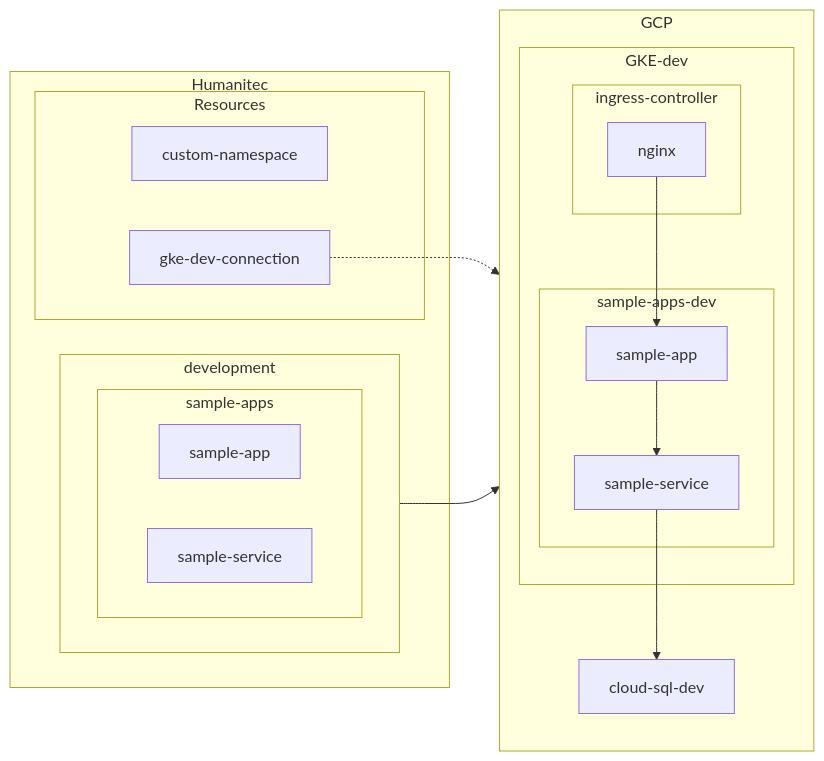
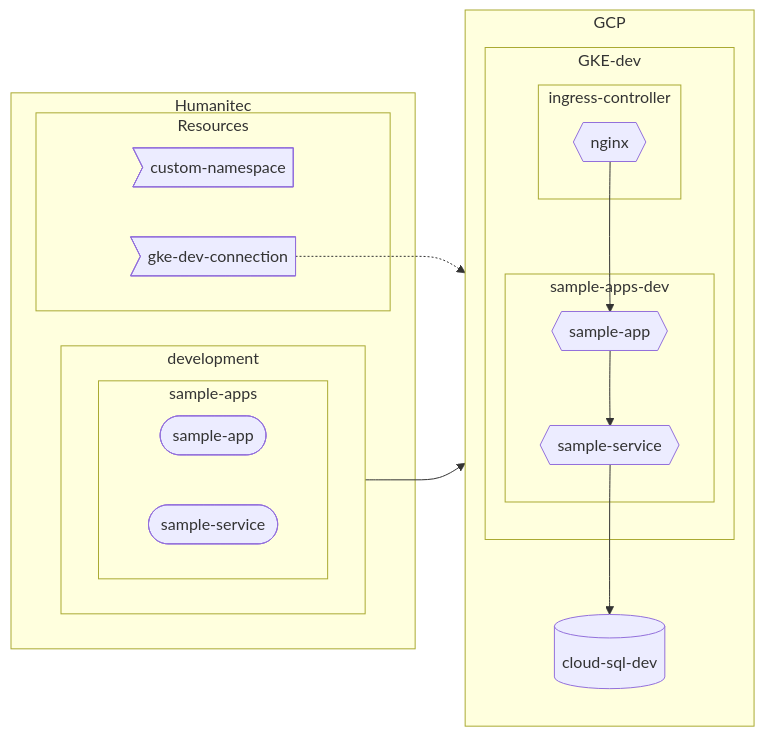
The first of 2 diagrams in README.md (mathieu-benoit/hello-humanitec), drawn with Mermaid before and after one commit. The commit also changed other lines of this file, not shown here.

````diff
--- a/README.md
+++ b/README.md
@@ -5,32 +5,32 @@
 ```mermaid
 flowchart LR
   subgraph Humanitec
     subgraph development
         direction LR
         subgraph sample-apps
             direction LR
-            sample-app-workload[sample-app]
-            sample-service-workload[sample-service]
+            sample-app-workload([sample-app])
+            sample-service-workload([sample-service])
         end
     end
     subgraph Resources
-        custom-namespace
-        gke-dev-connection
+        custom-namespace>custom-namespace]
+        gke-dev-connection>gke-dev-connection]
     end
   end
   subgraph GCP
     direction TB
     subgraph GKE-dev
         subgraph ingress-controller
-            nginx
+            nginx{{nginx}}
         end
         subgraph sample-apps-dev
-            sample-app-->sample-service
+            sample-app{{sample-app}}-->sample-service{{sample-service}}
         end
         nginx-->sample-app
     end
-    sample-service-->cloud-sql-dev
+    sample-service-->cloud-sql-dev[(cloud-sql-dev)]
   end
   sample-apps-->sample-apps-dev
   gke-dev-connection-.->GKE-dev
 ```
````
